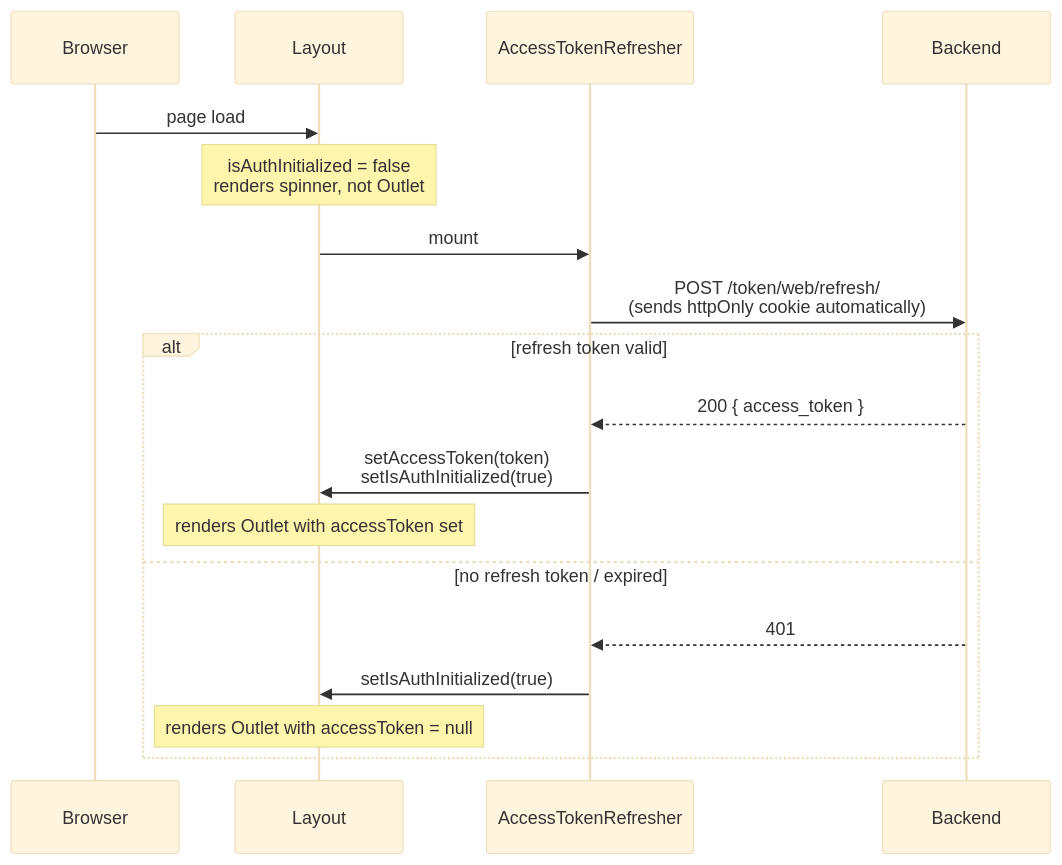
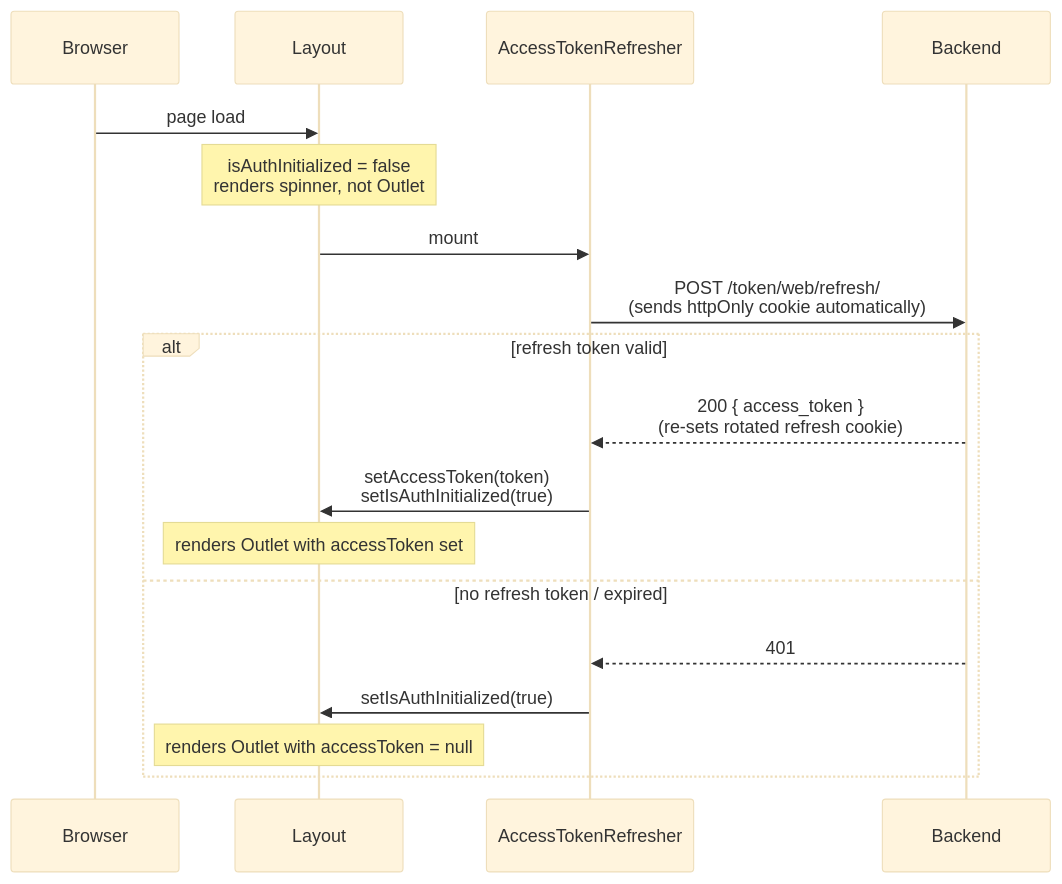
The first of 4 diagrams in web/doc/authentication.md (floels/pinit), drawn with Mermaid (base theme) before and after one commit. The commit also changed other lines of this file and 2 other files, not shown here.

First line of the commit message:
docs(auth): update authentication docs for PASETO + rotating refresh tokens

````diff
--- a/web/doc/authentication.md
+++ b/web/doc/authentication.md
@@ -38,22 +42,22 @@
 ```mermaid
 sequenceDiagram
     participant Browser
     participant Layout
     participant AccessTokenRefresher
     participant Backend
 
     Browser->>Layout: page load
     note over Layout: isAuthInitialized = false<br/>renders spinner, not Outlet
     Layout->>AccessTokenRefresher: mount
     AccessTokenRefresher->>Backend: POST /token/web/refresh/<br/>(sends httpOnly cookie automatically)
 
     alt refresh token valid
-        Backend-->>AccessTokenRefresher: 200 { access_token }
+        Backend-->>AccessTokenRefresher: 200 { access_token }<br/>(re-sets rotated refresh cookie)
         AccessTokenRefresher->>Layout: setAccessToken(token)<br/>setIsAuthInitialized(true)
         note over Layout: renders Outlet with accessToken set
     else no refresh token / expired
         Backend-->>AccessTokenRefresher: 401
         AccessTokenRefresher->>Layout: setIsAuthInitialized(true)
         note over Layout: renders Outlet with accessToken = null
     end
 ```
````
